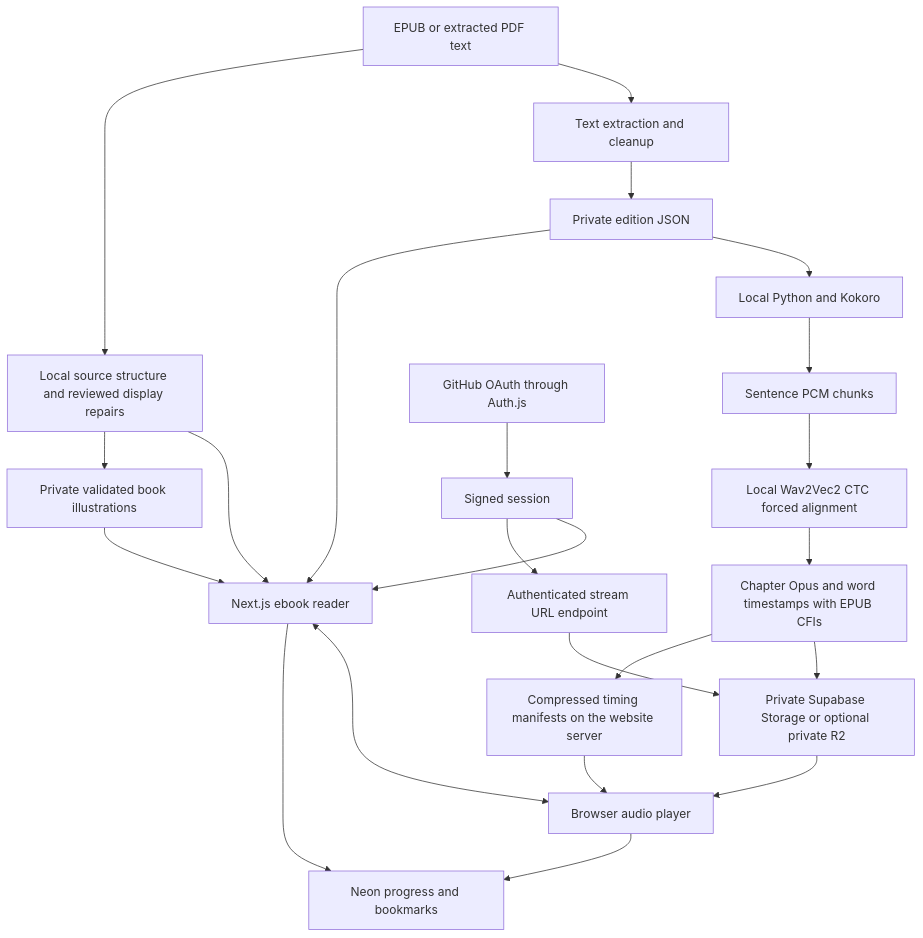
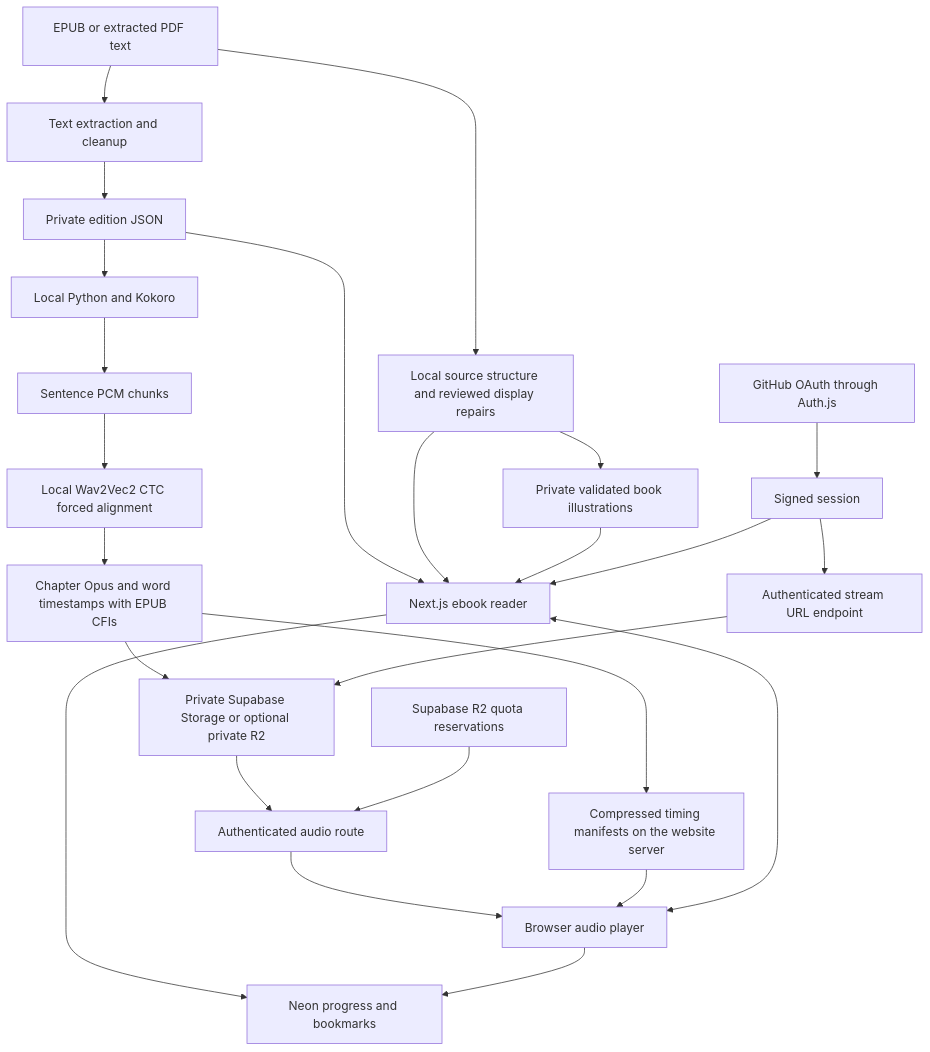
The diagram in docs/ARCHITECTURE.md (holsoma/readlay), drawn with Mermaid before and after one commit. The commit also changed other lines of this file and 42 other files, not shown here.

Commit message:
Protect R2 storage and request budgets with Supabase quotas

````diff
--- a/docs/ARCHITECTURE.md
+++ b/docs/ARCHITECTURE.md
@@ -3,25 +3,27 @@
 ```mermaid
 flowchart TD
   EPUB[EPUB or extracted PDF text] --> Extract[Text extraction and cleanup]
   Extract --> Text[Private edition JSON]
   Text --> Kokoro[Local Python and Kokoro]
   Kokoro --> Sentences[Sentence PCM chunks]
   Sentences --> Align[Local Wav2Vec2 CTC forced alignment]
   Align --> Chapters[Chapter Opus and word timestamps with EPUB CFIs]
   Chapters --> Storage[Private Supabase Storage or optional private R2]
   Chapters --> Manifests[Compressed timing manifests on the website server]
-  Storage --> Player[Browser audio player]
+  Storage --> AudioRoute[Authenticated audio route]
+  AudioRoute --> Player[Browser audio player]
+  Quota[Supabase R2 quota reservations] --> AudioRoute
   Manifests --> Player
   Text --> Reader[Next.js ebook reader]
   EPUB --> Presentation[Local source structure and reviewed display repairs]
   Presentation --> Reader
   Presentation --> Images[Private validated book illustrations]
   Images --> Reader
   Reader <--> Player
   GitHub[GitHub OAuth through Auth.js] --> Session[Signed session]
   Session --> Reader
   Session --> Stream[Authenticated stream URL endpoint]
   Stream --> Storage
   Reader --> Progress[Neon progress and bookmarks]
   Player --> Progress
 ```
````
